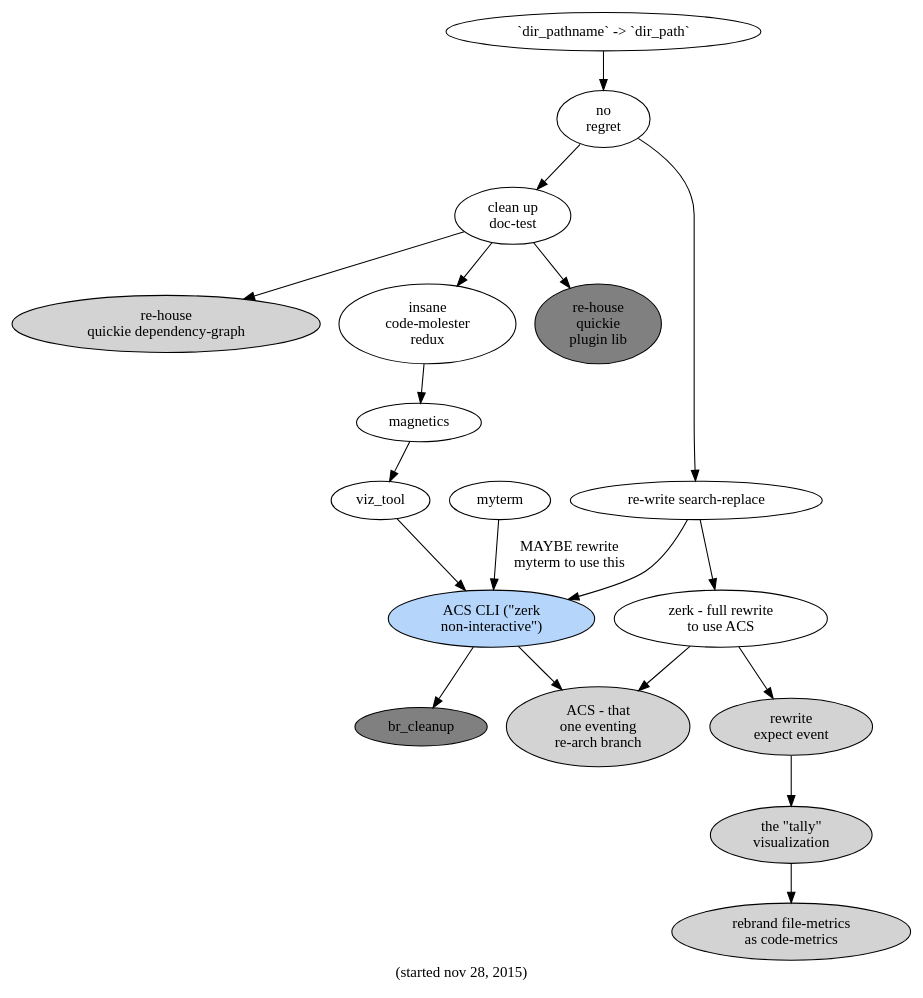
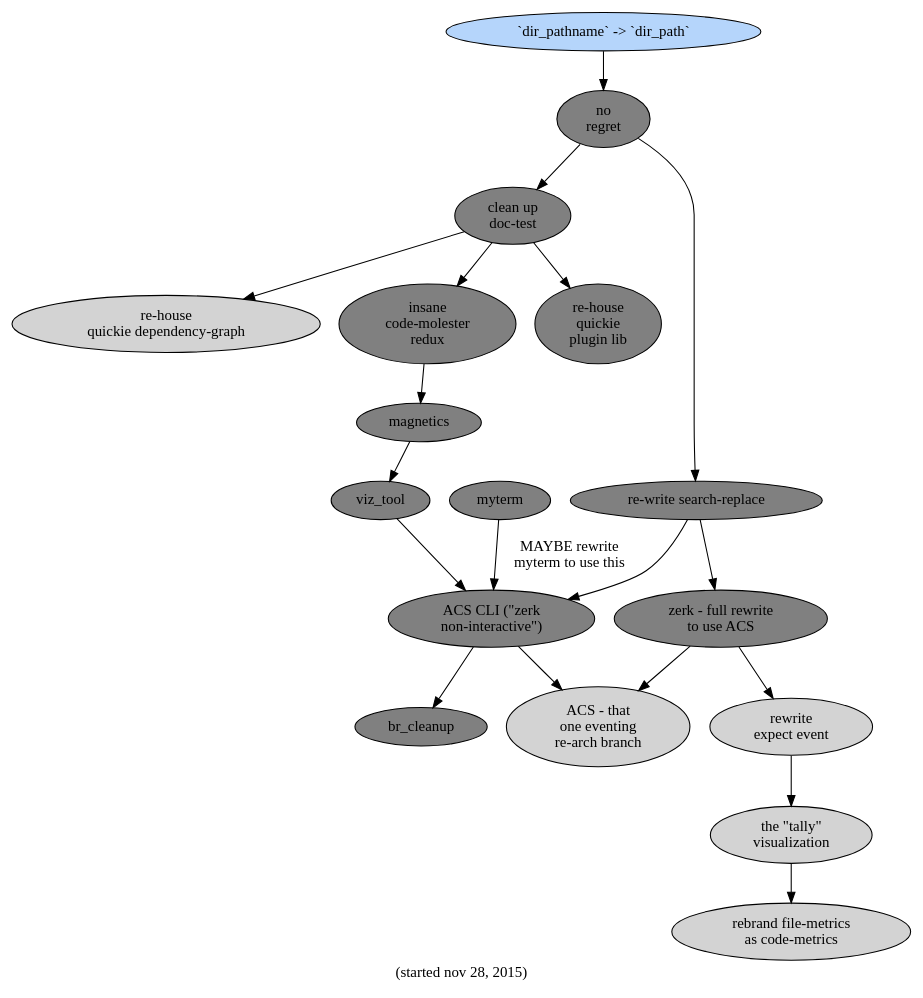
One commit to hipe/tmx changed the diagram in slicer/doc/the-big-pictures-of-now/04-no-regret.dot. Above: the diagram before and after it, drawn with Graphviz. The commit also changed 7 other files, not shown here.

```diff
--- a/slicer/doc/the-big-pictures-of-now/04-no-regret.dot
+++ b/slicer/doc/the-big-pictures-of-now/04-no-regret.dot
@@ -1,46 +1,48 @@
 digraph g {
 
   /* color for active thing: #b5d5fb */
 
   label="(started nov 28, 2015)"
 
   clean_up_doctest -> re_house_xx
   re_house_xx [label="re-house\nquickie\nplugin lib" fillcolor="gray" style="filled"]
-  clean_up_doctest [label="clean up\ndoc-test" ]
+  clean_up_doctest [label="clean up\ndoc-test" style=filled fillcolor=grey ]
   clean_up_doctest -> re_house_yy
   re_house_yy [label="re-house\nquickie dependency-graph" style="filled"]
   clean_up_doctest->insane_CM_redux
-  insane_CM_redux [label="insane\ncode-molester\nredux"]
+  insane_CM_redux [label="insane\ncode-molester\nredux" style=filled fillcolor=grey]
 
   insane_CM_redux->mag
-  mag [label="magnetics" ]
+  mag [label="magnetics" style=filled fillcolor=grey]
+  viz_tool [style=filled fillcolor=grey]
   mag -> viz_tool
 
-  ACS_CLI [label="ACS CLI (\"zerk\nnon-interactive\")" style=filled fillcolor="#b5d5fb"]
+  ACS_CLI [label="ACS CLI (\"zerk\nnon-interactive\")" style=filled fillcolor=grey]
 
+  myterm [style=filled fillcolor=grey]
   myterm->ACS_CLI [label="MAYBE rewrite\nmyterm to use this"]
 
   viz_tool -> ACS_CLI
   ACS_CLI -> br_cleanup
   ACS_CLI -> acs
-  br_cleanup [style=filled fillcolor="grey"]
+  br_cleanup [style=filled fillcolor=grey]
 
+  no_regret [label="no\nregret" style=filled fillcolor=grey]
   no_regret -> sea
   no_regret -> clean_up_doctest
 
   dpn->no_regret
-  dpn [label="`dir_pathname` -> `dir_path`"]
-  sea [label="re-write search-replace\n"]
+  dpn [label="`dir_pathname` -> `dir_path`" style=filled fillcolor="#b5d5fb" ]
+  sea [label="re-write search-replace\n" style=filled fillcolor=grey]
   sea->ACS_CLI
   sea->zerk
-  zerk [label="zerk - full rewrite\nto use ACS"]
+  zerk [label="zerk - full rewrite\nto use ACS" style=filled fillcolor=grey]
   zerk->expect_event
   expect_event [label="rewrite\nexpect event" style=filled]
   expect_event -> tally
   tally [label="the \"tally\"\nvisualization" style=filled]
   tally -> rfm
   rfm [label="rebrand file-metrics\nas code-metrics" style=filled]
   zerk->acs
   acs [label="ACS - that\none eventing\nre-arch branch" style=filled]
-  no_regret [label="no\nregret"]
 }
```
